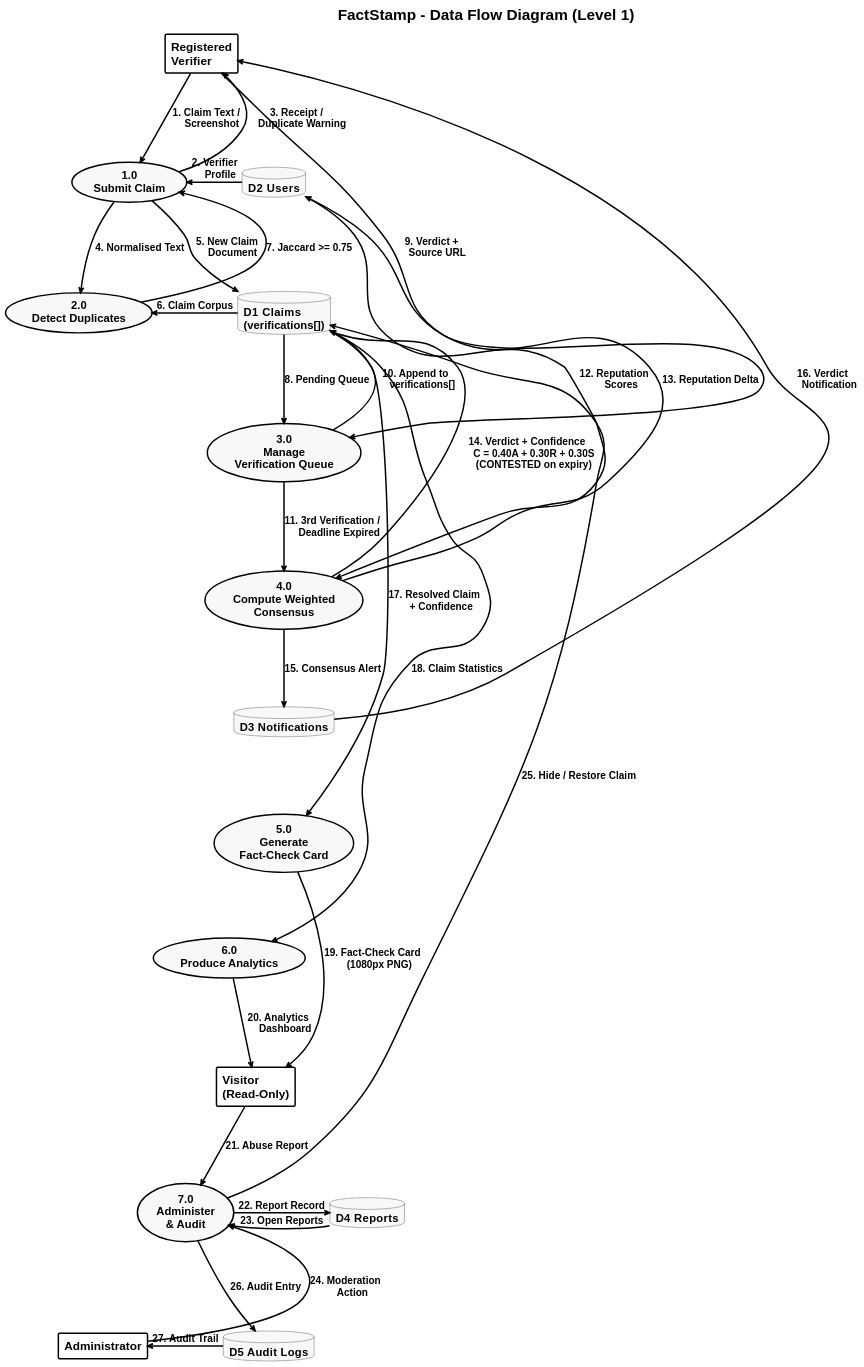
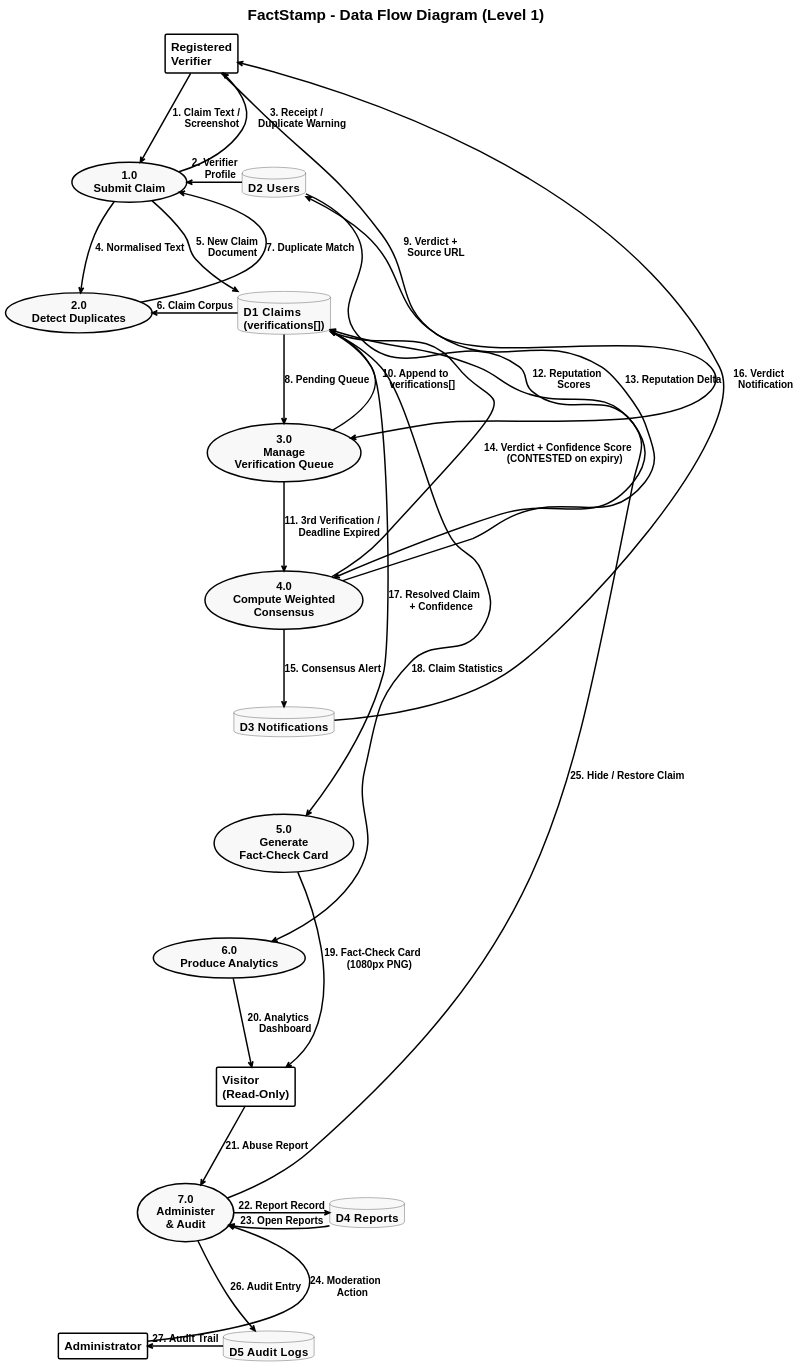
One commit to aadish0day/typst changed the diagram in FactStamp/black_book_draft/03_Requirements_and_Analysis/attachments/dfd_level_1.puml. Above: the diagram before and after it, drawn with PlantUML. The commit also changed 50 other files, not shown here.

```diff
--- a/FactStamp/black_book_draft/03_Requirements_and_Analysis/attachments/dfd_level_1.puml
+++ b/FactStamp/black_book_draft/03_Requirements_and_Analysis/attachments/dfd_level_1.puml
@@ -21,104 +21,104 @@
 @startuml
 skinparam style strictuml
 skinparam monochrome true
 skinparam defaultFontName "Liberation Sans"
 skinparam defaultFontSize 20
 skinparam defaultFontStyle bold
 skinparam titleFontSize 26
 skinparam titleFontStyle bold
 
 ' Rule 5 (portrait): stretch ranks apart, squeeze columns together.
 skinparam ranksep 110
 skinparam nodesep 15
 
 skinparam backgroundColor white
 skinparam ArrowColor black
 skinparam ArrowThickness 2.5
 skinparam ArrowFontSize 17
 skinparam ArrowFontStyle bold
 
 skinparam UsecaseBorderColor black
 skinparam UsecaseBorderThickness 2.5
 skinparam UsecaseBackgroundColor #F8F9FA
 skinparam UsecaseFontSize 19
 skinparam UsecaseFontStyle bold
 
 skinparam RectangleBorderColor black
 skinparam RectangleBorderThickness 2.5
 skinparam RectangleBackgroundColor transparent
 skinparam RectangleFontSize 20
 skinparam RectangleFontStyle bold
 
 skinparam DatabaseBorderColor black
 skinparam DatabaseBackgroundColor #F8F9FA
 skinparam DatabaseFontSize 19
 skinparam DatabaseFontStyle bold
 
 title FactStamp - Data Flow Diagram (Level 1)
 
 ' ---------- External entities ----------
 rectangle "Registered\nVerifier" as VER
 
 ' ---------- Processes (usecase bubbles) ----------
 usecase "1.0\nSubmit Claim" as P1
 ' ---------- Data stores (Firestore collections) ----------
 database "D2  Users" as D2
 usecase "2.0\nDetect Duplicates" as P2
 database "D1  Claims\n(verifications[])" as D1
 usecase "3.0\nManage\nVerification Queue" as P3
 usecase "4.0\nCompute Weighted\nConsensus" as P4
 database "D3  Notifications" as D3
 usecase "5.0\nGenerate\nFact-Check Card" as P5
 usecase "6.0\nProduce Analytics" as P6
 rectangle "Visitor\n(Read-Only)" as VIS
 usecase "7.0\nAdminister\n& Audit" as P7
 database "D4  Reports" as D4
 rectangle "Administrator" as ADM
 database "D5  Audit Logs" as D5
 
 ' ---------- Invisible spine: pins every rank so the graph cannot fan out ----------
 VER -[hidden]-> D2
 D3  -[hidden]-> P5
 P5  -[hidden]-> P6
 VIS -[hidden]-> D4
 P7  -[hidden]-> ADM
 
 ' ---------- 1.0 Submit Claim ----------
 VER --> P1 : "1. Claim Text /\n    Screenshot"
 D2  -[norank]-> P1 : "2. Verifier\n    Profile"
 P1  -[norank]-> VER : "3. Receipt /\n    Duplicate Warning"
 P1  --> P2 : "4. Normalised Text"
 P1  --> D1 : "5. New Claim\n    Document"
 
 ' ---------- 2.0 Detect Duplicates ----------
 D1 -[norank]-> P2 : "6. Claim Corpus"
-P2 -[norank]-> P1 : "7. Jaccard >= 0.75"
+P2 -[norank]-> P1 : "7. Duplicate Match"
 
 ' ---------- 3.0 Manage Verification Queue ----------
 D1  --> P3 : "8. Pending Queue"
 VER -[norank]-> P3 : "9. Verdict +\n    Source URL"
 P3  -[norank]-> D1 : "10. Append to\n     verifications[]"
 P3  --> P4 : "11. 3rd Verification /\n     Deadline Expired"
 
 ' ---------- 4.0 Compute Weighted Consensus ----------
 D2 -[norank]-> P4 : "12. Reputation\n     Scores"
 P4 -[norank]-> D2 : "13. Reputation Delta"
-P4 -[norank]-> D1 : "14. Verdict + Confidence\n     C = 0.40A + 0.30R + 0.30S\n     (CONTESTED on expiry)"
+P4 -[norank]-> D1 : "14. Verdict + Confidence Score\n     (CONTESTED on expiry)"
 P4 --> D3 : "15. Consensus Alert"
 D3 -[norank]-> VER : "16. Verdict\n     Notification"
 
 ' ---------- 5.0 / 6.0 Public outputs ----------
 D1 -[norank]-> P5 : "17. Resolved Claim\n     + Confidence"
 D1 -[norank]-> P6 : "18. Claim Statistics"
 P5 --> VIS : "19. Fact-Check Card\n     (1080px PNG)"
 P6 --> VIS : "20. Analytics\n     Dashboard"
 
 ' ---------- 7.0 Administer & Audit ----------
 VIS --> P7 : "21. Abuse Report"
 P7  -[norank]-> D4 : "22. Report Record"
 D4  -[norank]-> P7 : "23. Open Reports"
 ADM -[norank]-> P7 : "24. Moderation\n     Action"
 P7  -[norank]-> D1 : "25. Hide / Restore Claim"
 P7  --> D5 : "26. Audit Entry"
 D5  -[norank]-> ADM : "27. Audit Trail"
 @enduml
```
